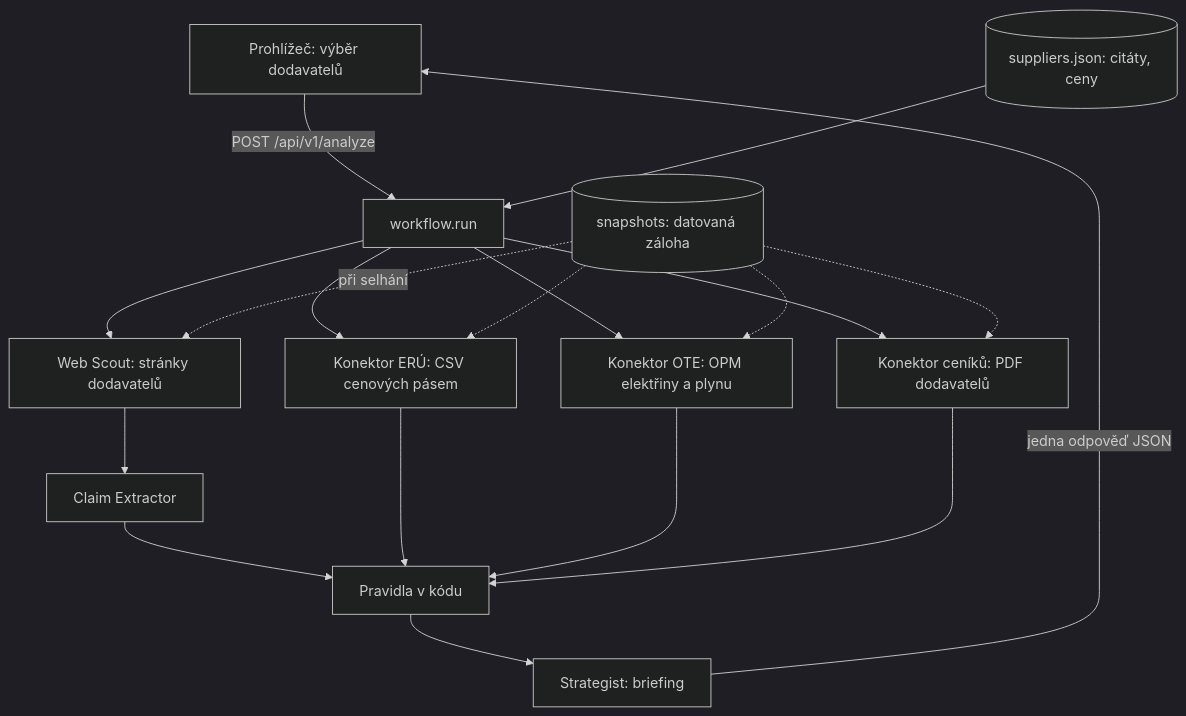
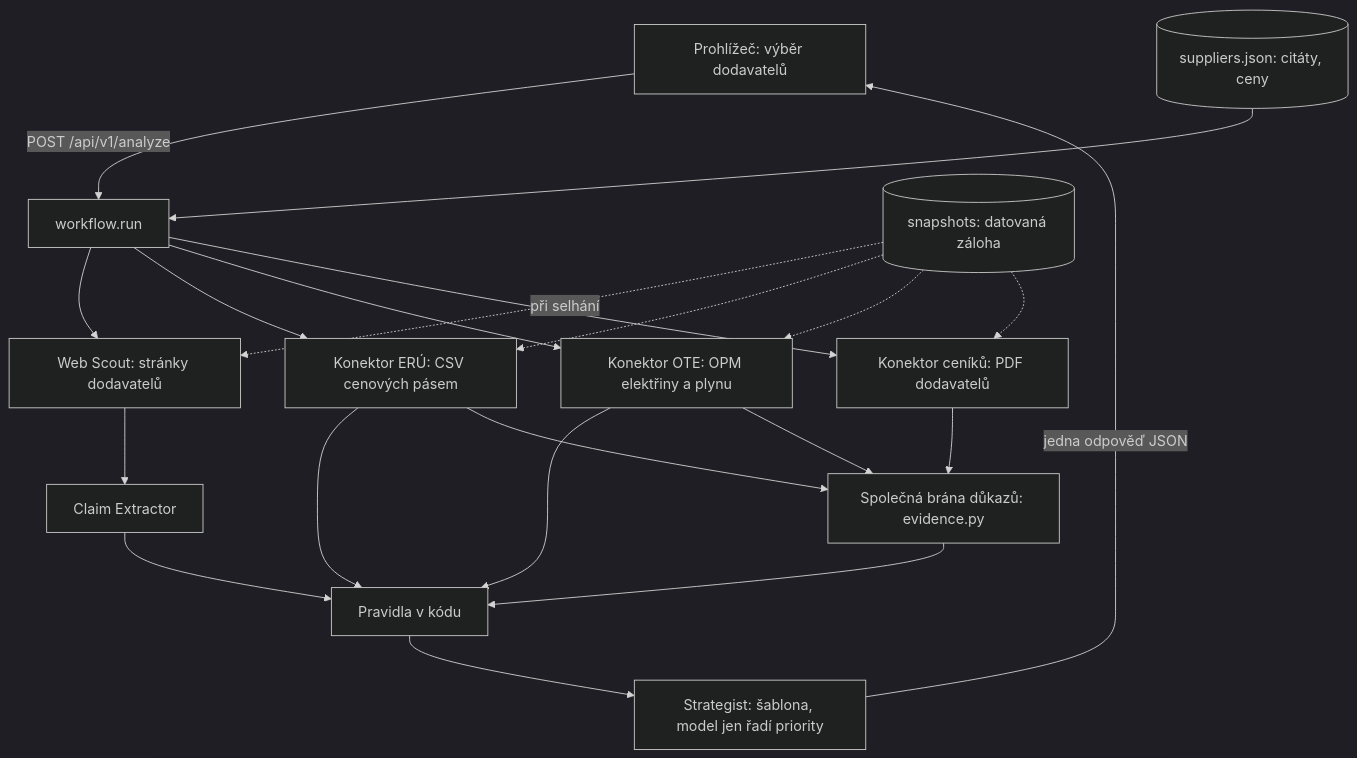
Before and after one commit to KTomsa/competitive-intelligence: the diagram in docs/ARCHITECTURE.md, drawn with Mermaid (dark theme). The commit also changed other lines of this file and 25 other files, not shown here.

````diff
--- a/docs/ARCHITECTURE.md
+++ b/docs/ARCHITECTURE.md
@@ -11,20 +11,23 @@
 ```mermaid
 flowchart TB
     B[Prohlížeč: výběr dodavatelů] -->|POST /api/v1/analyze| W[workflow.run]
     W --> S[Web Scout: stránky dodavatelů]
     W --> E[Konektor ERÚ: CSV cenových pásem]
     W --> O[Konektor OTE: OPM elektřiny a plynu]
     W --> C[Konektor ceníků: PDF dodavatelů]
     P[(suppliers.json: citáty, ceny)] --> W
     S --> X[Claim Extractor]
     X --> R[Pravidla v kódu]
     E --> R
     O --> R
-    C --> R
-    R --> T[Strategist: briefing]
+    C --> G[Společná brána důkazů: evidence.py]
+    E --> G
+    O --> G
+    G --> R
+    R --> T[Strategist: šablona, model jen řadí priority]
     T -->|jedna odpověď JSON| B
     SN[(snapshots: datovaná záloha)] -.při selhání.-> S
     SN -.-> E
     SN -.-> O
     SN -.-> C
 ```
````
